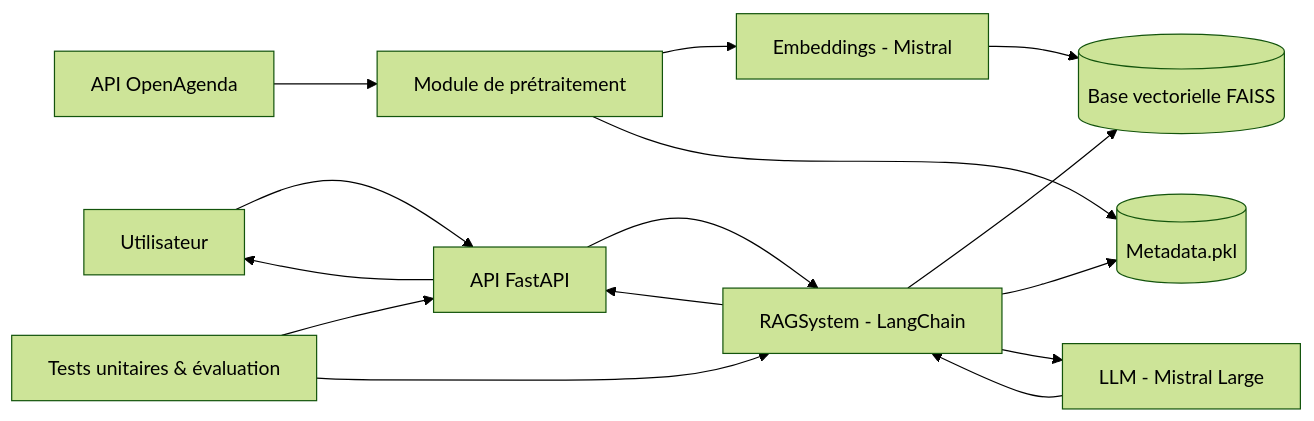
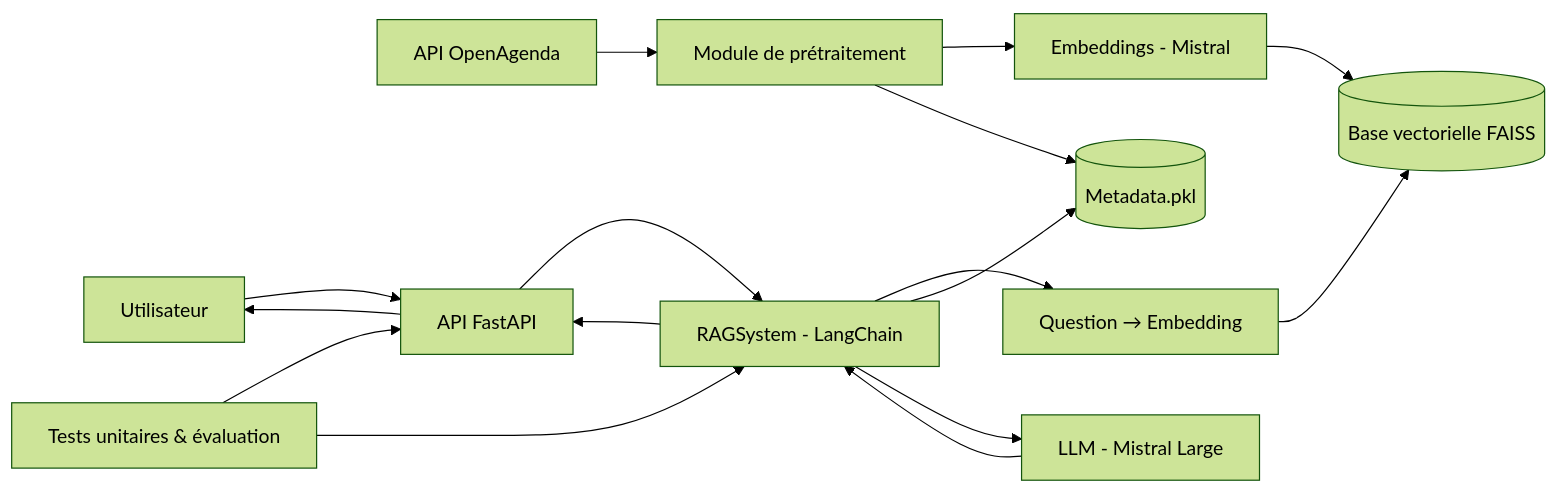
Before and after one commit to NIX3S/Projet7OC: the diagram in docs/UML2.md, drawn with Mermaid (forest theme).

````diff
--- a/docs/UML2.md
+++ b/docs/UML2.md
@@ -1,32 +1,34 @@
 ```mermaid
 flowchart LR
     %% =========================
     %% Données entrantes
     %% =========================
     OA[API OpenAgenda] --> PRE[Module de prétraitement]
 
     %% =========================
     %% Prétraitement & Indexation
     %% =========================
     PRE --> EMB[Embeddings - Mistral]
     EMB --> FAISS[(Base vectorielle FAISS)]
     PRE --> META[(Metadata.pkl)]
 
     %% =========================
     %% Système RAG
     %% =========================
     USER[Utilisateur] --> API[API FastAPI]
     API --> RAG[RAGSystem - LangChain]
-    RAG --> FAISS
+    RAG --> QV[Question → Embedding]
+    QV --> FAISS
     RAG --> META
     RAG --> LLM[LLM - Mistral Large]
     LLM --> RAG
     RAG --> API
     API --> USER
 
     %% =========================
     %% Tests
     %% =========================
     TESTS[Tests unitaires & évaluation] --> API
     TESTS --> RAG
+
 ```
````
